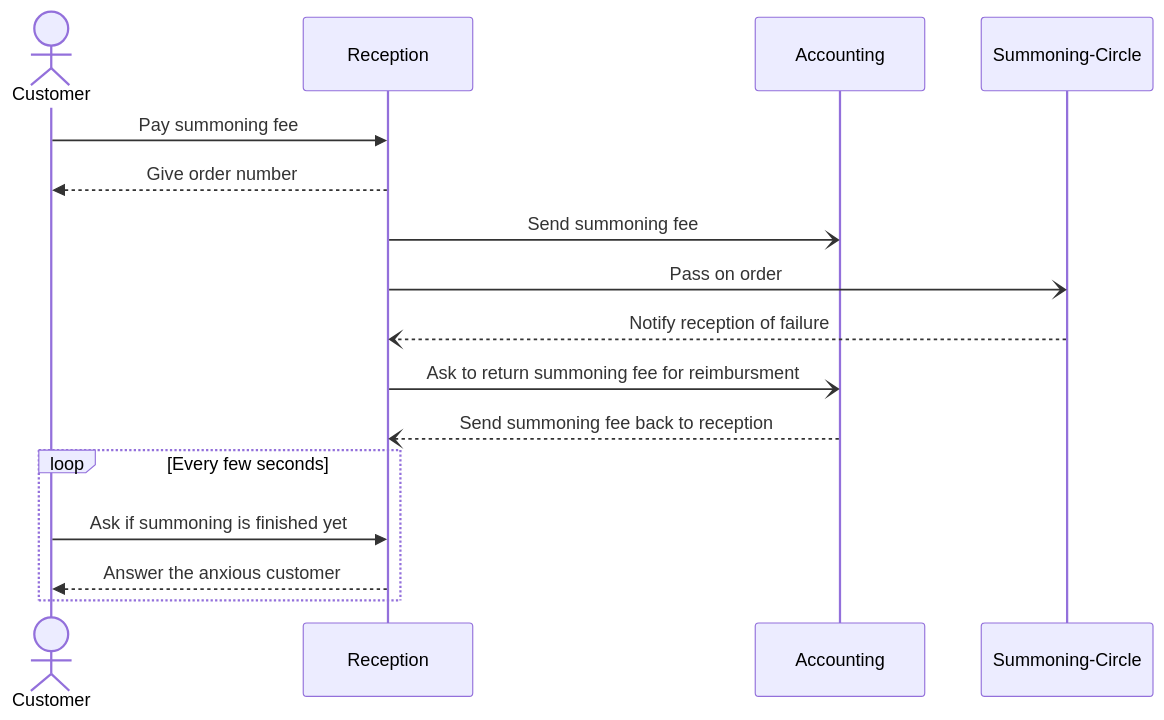
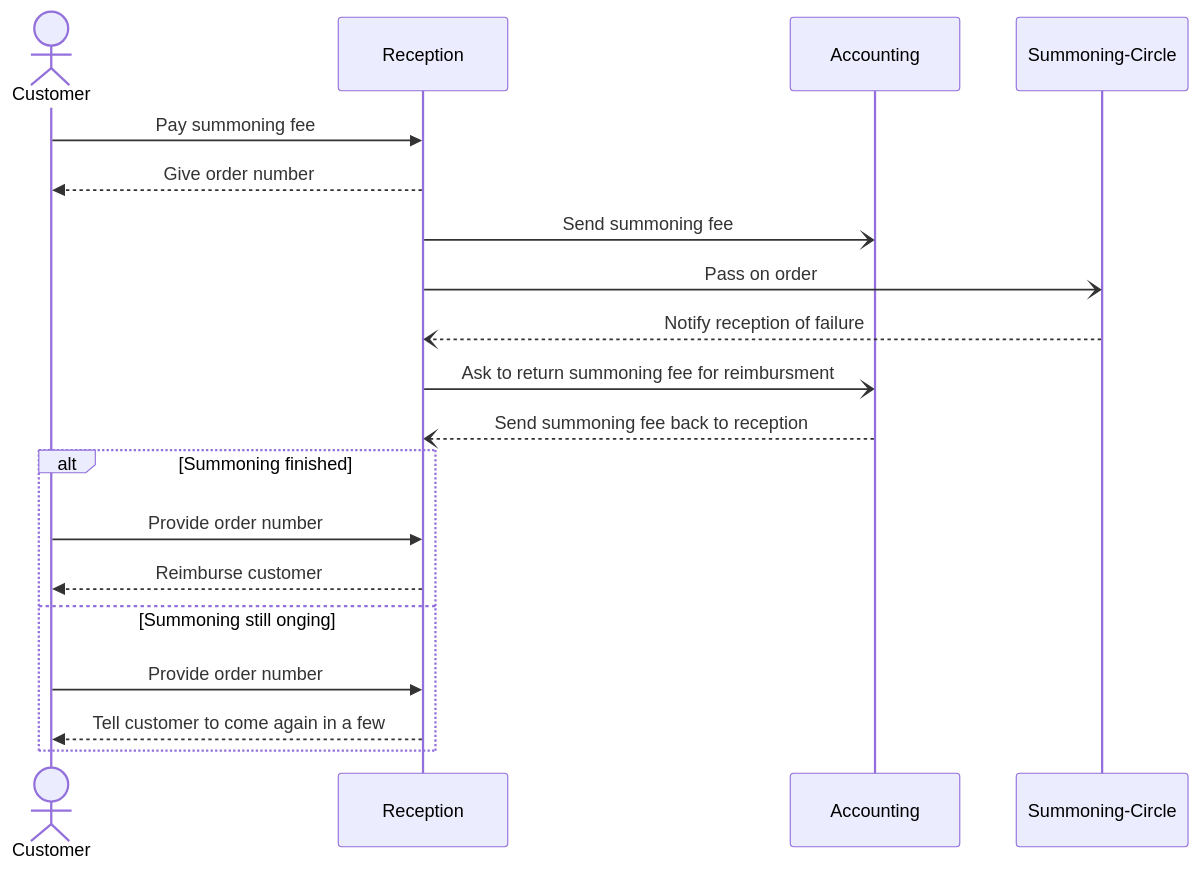
One commit to ojtanner/bartholomews-impery changed the second of 2 diagrams in README.md. Above: the diagram before and after it, drawn with Mermaid. The commit also changed other lines of this file, not shown here.

````diff
--- a/README.md
+++ b/README.md
@@ -45,18 +48,21 @@
 ```mermaid
 sequenceDiagram
     actor C as Customer
     participant R as Reception
     participant A as Accounting
     participant S as Summoning-Circle
     C->>R: Pay summoning fee
     R-->>C: Give order number
     R-)A: Send summoning fee
     R-)S: Pass on order
     S--)R: Notify reception of failure
     R-)A: Ask to return summoning fee for reimbursment
     A--)R: Send summoning fee back to reception
-    loop Every few seconds
-        C->>R: Ask if summoning is finished yet
-        R-->>C: Answer the anxious customer
+    alt Summoning finished
+        C->>R: Provide order number
+        R-->>C: Reimburse customer
+    else Summoning still onging
+        C->>R: Provide order number
+        R-->>C: Tell customer to come again in a few
     end
 ```
````
